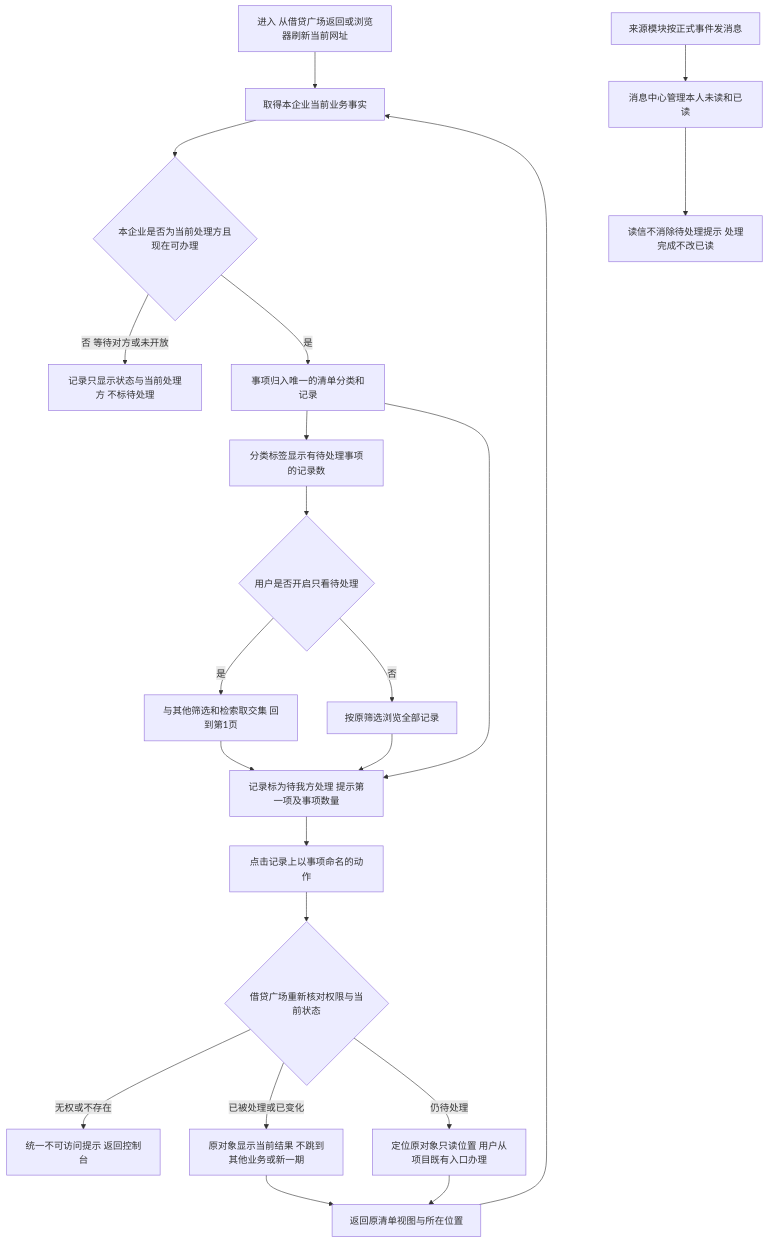
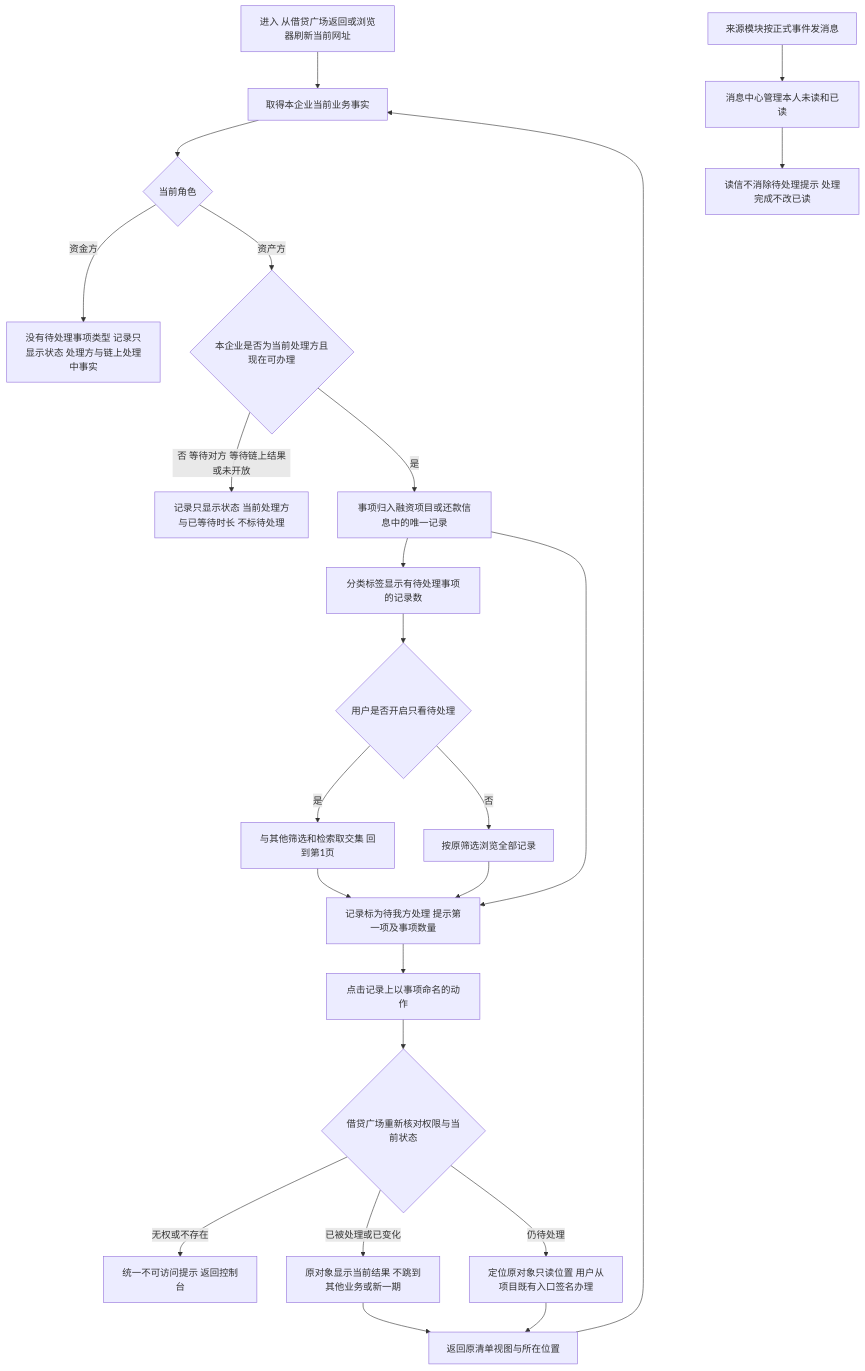
One commit to wxblockchain/Chain-Financing changed the third of 15 diagrams in lending-platform/PRD/面客端/09-我的控制台/02-我的控制台-流程图与状态机.md. Above: the diagram before and after it, drawn with Mermaid. The commit also changed other lines of this file and 5 other files, not shown here.

First line of the commit message:
prd(WS-450): console follows the on-chain flow; approvals list; disbursement info on repayment list

````diff
--- a/lending-platform/PRD/面客端/09-我的控制台/02-我的控制台-流程图与状态机.md
+++ b/lending-platform/PRD/面客端/09-我的控制台/02-我的控制台-流程图与状态机.md
@@ -92,24 +97,26 @@
 ```mermaid
 flowchart TD
   A[进入 从借贷广场返回或浏览器刷新当前网址] --> B[取得本企业当前业务事实]
-  B --> C{本企业是否为当前处理方且现在可办理}
-  C -- 否 等待对方或未开放 --> D[记录只显示状态与当前处理方 不标待处理]
-  C -- 是 --> E[事项归入唯一的清单分类和记录]
+  B --> R0{当前角色}
+  R0 -- 资金方 --> R1[没有待处理事项类型 记录只显示状态 处理方与链上处理中事实]
+  R0 -- 资产方 --> C{本企业是否为当前处理方且现在可办理}
+  C -- 否 等待对方 等待链上结果或未开放 --> D[记录只显示状态 当前处理方与已等待时长 不标待处理]
+  C -- 是 --> E[事项归入融资项目或还款信息中的唯一记录]
   E --> F[分类标签显示有待处理事项的记录数]
   E --> G[记录标为待我方处理 提示第一项及事项数量]
   F --> H{用户是否开启只看待处理}
   H -- 是 --> I[与其他筛选和检索取交集 回到第1页]
   H -- 否 --> J[按原筛选浏览全部记录]
   I --> G
   J --> G
   G --> K[点击记录上以事项命名的动作]
   K --> L{借贷广场重新核对权限与当前状态}
   L -- 无权或不存在 --> M[统一不可访问提示 返回控制台]
   L -- 已被处理或已变化 --> N[原对象显示当前结果 不跳到其他业务或新一期]
-  L -- 仍待处理 --> O[定位原对象只读位置 用户从项目既有入口办理]
+  L -- 仍待处理 --> O[定位原对象只读位置 用户从项目既有入口签名办理]
   O --> P[返回原清单视图与所在位置]
   N --> P
   P --> B
-  Q[来源模块按正式事件发消息] --> R[消息中心管理本人未读和已读]
-  R --> S[读信不消除待处理提示 处理完成不改已读]
+  Q[来源模块按正式事件发消息] --> S1[消息中心管理本人未读和已读]
+  S1 --> S2[读信不消除待处理提示 处理完成不改已读]
 ```
````
